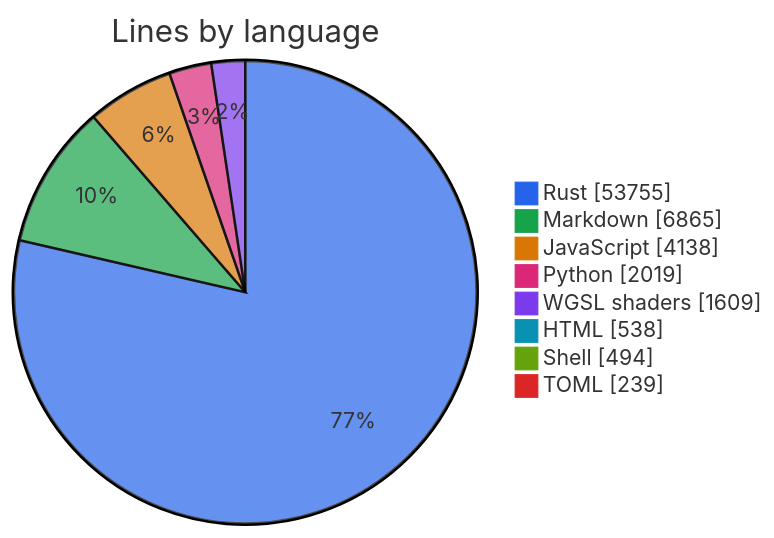
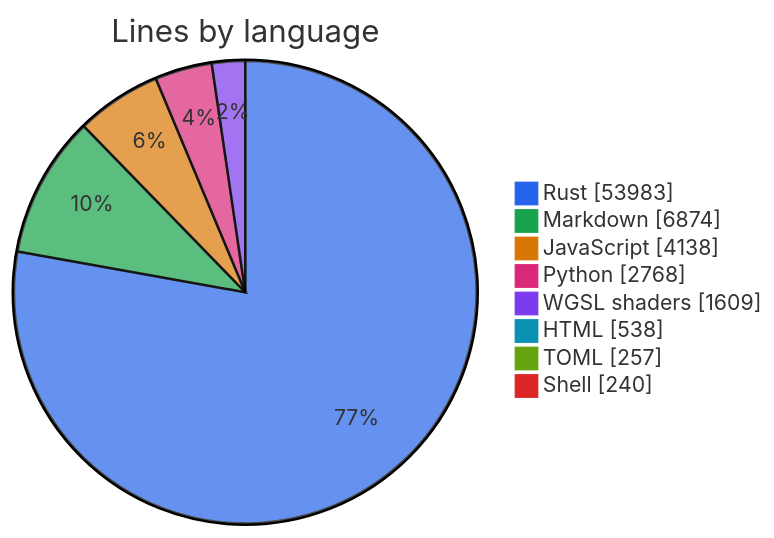
The first of 2 diagrams in metrics.md (thomascherickal/ferrum-gpu), drawn with Mermaid before and after one commit. The commit also changed other lines of this file and 126 other files, not shown here.

````diff
--- a/metrics.md
+++ b/metrics.md
@@ -22,12 +22,12 @@
 ```mermaid
 %%{init: {"theme": "base", "themeVariables": {"pie1": "#2563eb", "pie2": "#16a34a", "pie3": "#d97706", "pie4": "#db2777", "pie5": "#7c3aed", "pie6": "#0891b2", "pie7": "#65a30d", "pie8": "#dc2626"}}}%%
 pie showData title Lines by language
-    "Rust" : 53755
-    "Markdown" : 6865
+    "Rust" : 53983
+    "Markdown" : 6874
     "JavaScript" : 4138
-    "Python" : 2019
+    "Python" : 2768
     "WGSL shaders" : 1609
     "HTML" : 538
-    "Shell" : 494
-    "TOML" : 239
+    "TOML" : 257
+    "Shell" : 240
 ```
````
